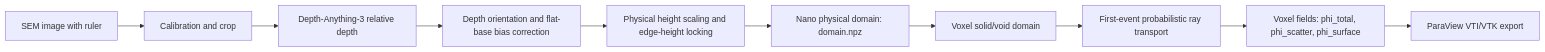
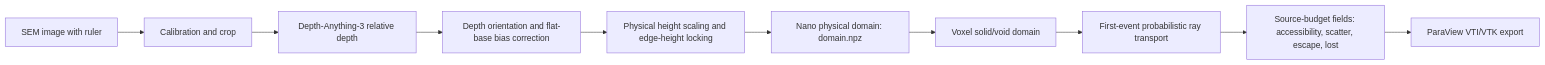
The diagram in README.md (Younghegalian/FETM-NanoWall), drawn with Mermaid before and after one commit. The commit also changed other lines of this file and 7 other files, not shown here.

Commit message:
Replace transport outputs with source budget diagnostics

````diff
--- a/README.md
+++ b/README.md
@@ -63,12 +62,12 @@
 ```mermaid
 flowchart LR
     A["SEM image with ruler"] --> B["Calibration and crop"]
     B --> C["Depth-Anything-3 relative depth"]
     C --> D["Depth orientation and flat-base bias correction"]
     D --> E["Physical height scaling and edge-height locking"]
     E --> F["Nano physical domain: domain.npz"]
     F --> G["Voxel solid/void domain"]
     G --> H["First-event probabilistic ray transport"]
-    H --> I["Voxel fields: phi_total, phi_scatter, phi_surface"]
+    H --> I["Source-budget fields: accessibility, scatter, escape, lost"]
     I --> J["ParaView VTI/VTK export"]
 ```
````
